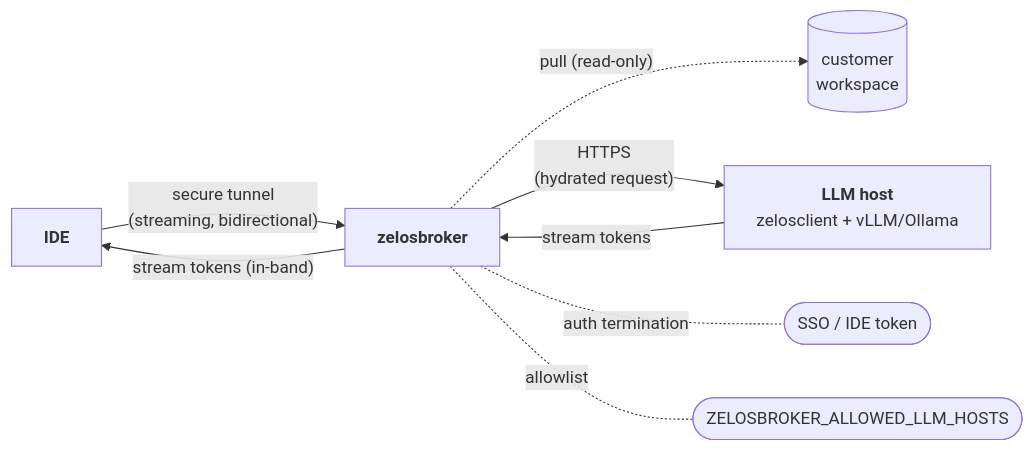
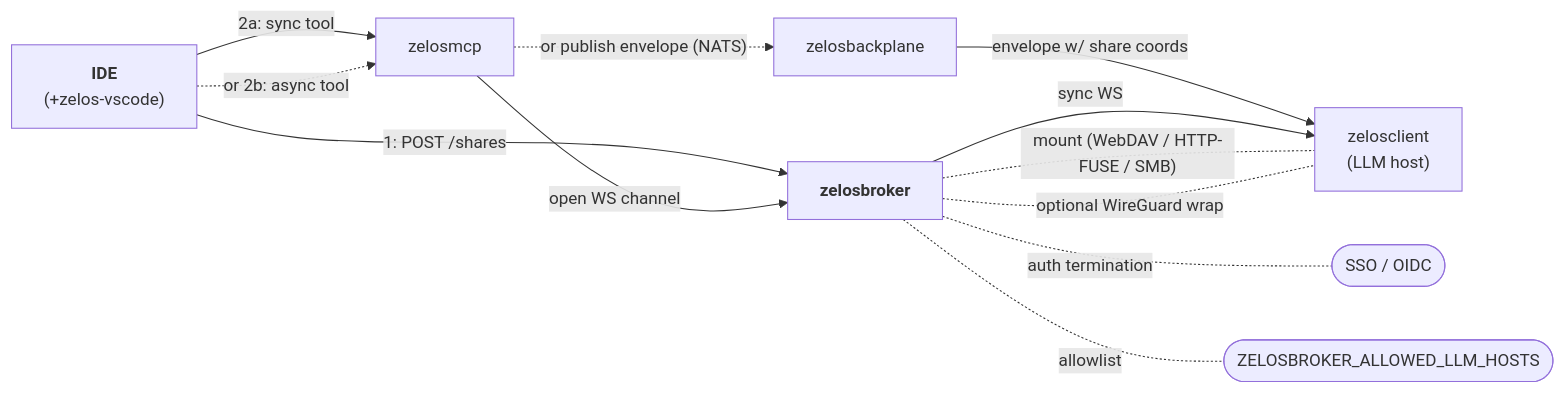
Before and after one commit to ZelosAI/zelosai: the diagram in docs/architecture/04-components/zelosbroker.md, drawn with Mermaid. The commit also changed other lines of this file and 7 other files, not shown here.

````diff
--- a/docs/architecture/04-components/zelosbroker.md
+++ b/docs/architecture/04-components/zelosbroker.md
@@ -34,11 +59,15 @@
 ```mermaid
 flowchart LR
-  ide["<b>IDE</b>"] -- "secure tunnel<br/>(streaming, bidirectional)" --> broker["<b>zelosbroker</b>"]
-  broker -. "pull (read-only)" .-> ws[("customer<br/>workspace")]
-  broker -- "HTTPS<br/>(hydrated request)" --> host["<b>LLM host</b><br/>zelosclient + vLLM/Ollama"]
-  host -- "stream tokens" --> broker
-  broker -- "stream tokens (in-band)" --> ide
-
-  broker -. "auth termination" .- auth(["SSO / IDE token"])
+  ide["<b>IDE</b><br/>(+zelos-vscode)"]
+  ide -- "1: POST /shares" --> broker["<b>zelosbroker</b>"]
+  ide -- "2a: sync tool" --> mcp["zelosmcp"]
+  ide -. "or 2b: async tool" .-> mcp
+  mcp -- "open WS channel" --> broker
+  mcp -. "or publish envelope (NATS)" .-> backplane["zelosbackplane"]
+  backplane -- "envelope w/ share coords" --> client["zelosclient<br/>(LLM host)"]
+  broker -- "sync WS" --> client
+  broker -. "mount (WebDAV / HTTP-FUSE / SMB)" .- client
+  broker -. "optional WireGuard wrap" .- client
+  broker -. "auth termination" .- auth(["SSO / OIDC"])
   broker -. "allowlist" .- allow(["ZELOSBROKER_ALLOWED_LLM_HOSTS"])
 ```
````
